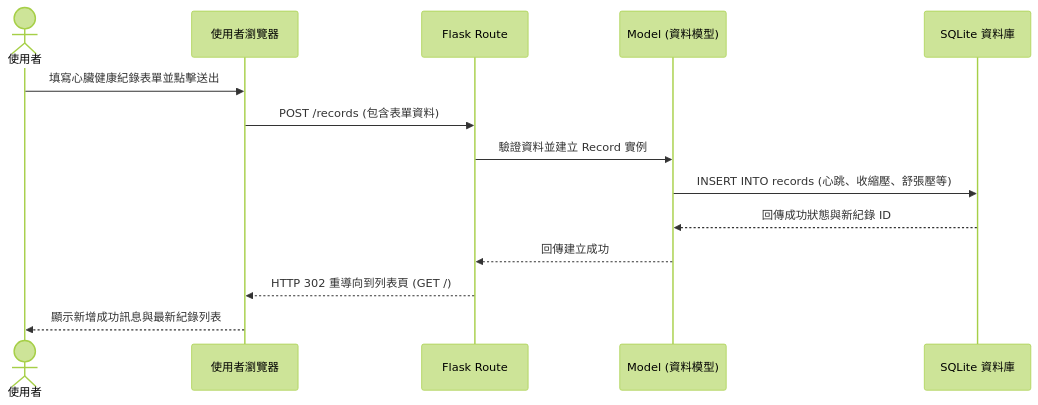
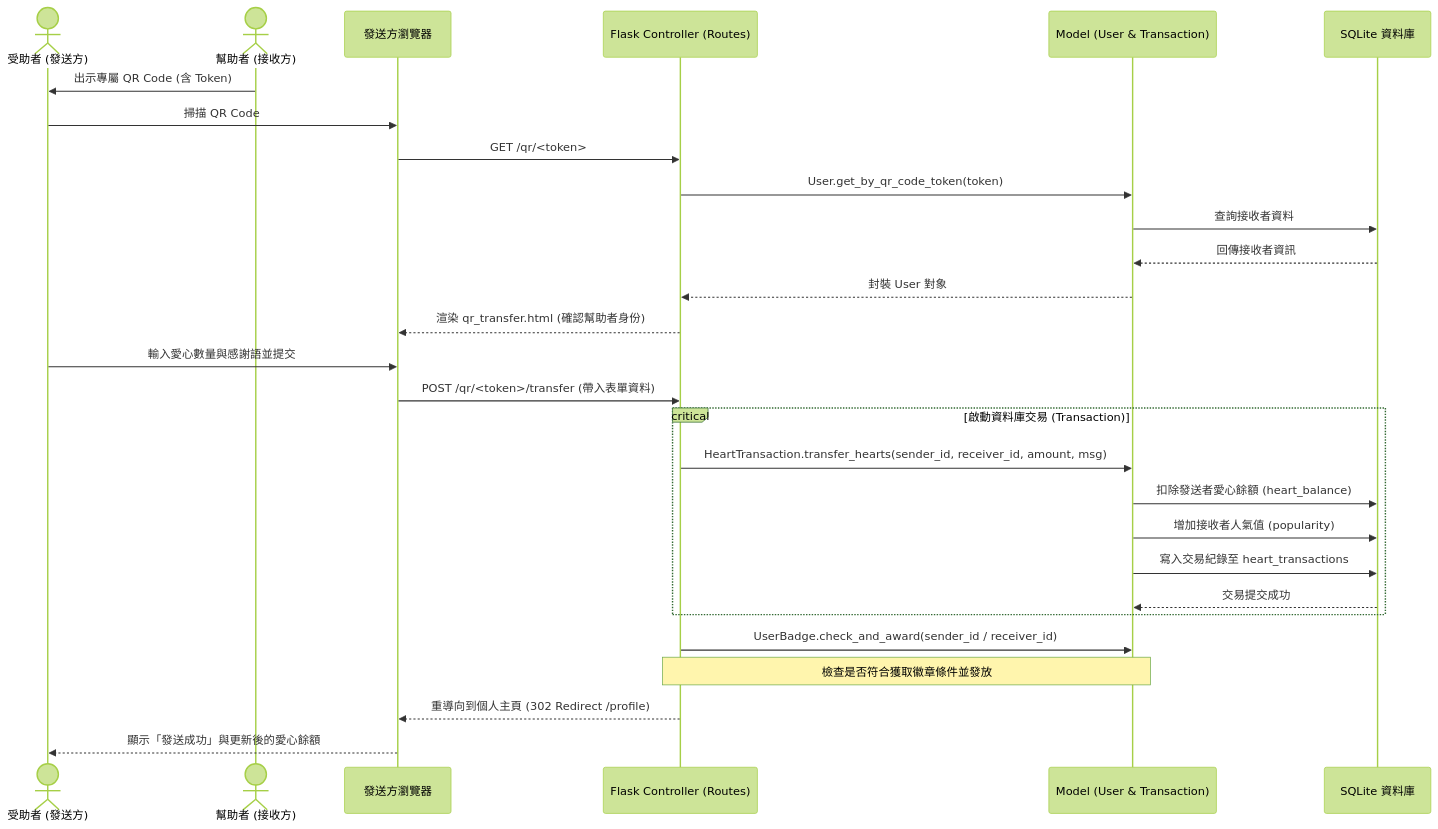
One commit to D1425363/Heart-Check changed the second of 2 diagrams in docs/FLOWCHART.md. Above: the diagram before and after it, drawn with Mermaid (forest theme). The commit also changed other lines of this file and 3 other files, not shown here.

Commit message:
fix: resolve registration SQL error, profile QR Code rendering bug, and leaderboard filtering

````diff
--- a/docs/FLOWCHART.md
+++ b/docs/FLOWCHART.md
@@ -28,17 +46,35 @@
 ```mermaid
 sequenceDiagram
-  actor User as 使用者
-  participant Browser as 使用者瀏覽器
-  participant Flask as Flask Route
-  participant Model as Model (資料模型)
+  actor Sender as 受助者 (發送方)
+  actor Receiver as 幫助者 (接收方)
+  participant Browser as 發送方瀏覽器
+  participant Flask as Flask Controller (Routes)
+  participant Model as Model (User & Transaction)
   participant DB as SQLite 資料庫
   
-  User->>Browser: 填寫心臟健康紀錄表單並點擊送出
-  Browser->>Flask: POST /records (包含表單資料)
-  Flask->>Model: 驗證資料並建立 Record 實例
-  Model->>DB: INSERT INTO records (心跳、收縮壓、舒張壓等)
-  DB-->>Model: 回傳成功狀態與新紀錄 ID
-  Model-->>Flask: 回傳建立成功
-  Flask-->>Browser: HTTP 302 重導向到列表頁 (GET /)
-  Browser-->>User: 顯示新增成功訊息與最新紀錄列表
+  Receiver->>Sender: 出示專屬 QR Code (含 Token)
+  Sender->>Browser: 掃描 QR Code
+  Browser->>Flask: GET /qr/<token>
+  Flask->>Model: User.get_by_qr_code_token(token)
+  Model->>DB: 查詢接收者資料
+  DB-->>Model: 回傳接收者資訊
+  Model-->>Flask: 封裝 User 對象
+  Flask-->>Browser: 渲染 qr_transfer.html (確認幫助者身份)
+  
+  Sender->>Browser: 輸入愛心數量與感謝語並提交
+  Browser->>Flask: POST /qr/<token>/transfer (帶入表單資料)
+  
+  critical 啟動資料庫交易 (Transaction)
+    Flask->>Model: HeartTransaction.transfer_hearts(sender_id, receiver_id, amount, msg)
+    Model->>DB: 扣除發送者愛心餘額 (heart_balance)
+    Model->>DB: 增加接收者人氣值 (popularity)
+    Model->>DB: 寫入交易紀錄至 heart_transactions
+    DB-->>Model: 交易提交成功
+  end
+  
+  Flask->>Model: UserBadge.check_and_award(sender_id / receiver_id)
+  Note over Flask, Model: 檢查是否符合獲取徽章條件並發放
+  
+  Flask-->>Browser: 重導向到個人主頁 (302 Redirect /profile)
+  Browser-->>Sender: 顯示「發送成功」與更新後的愛心餘額
 ```
````
